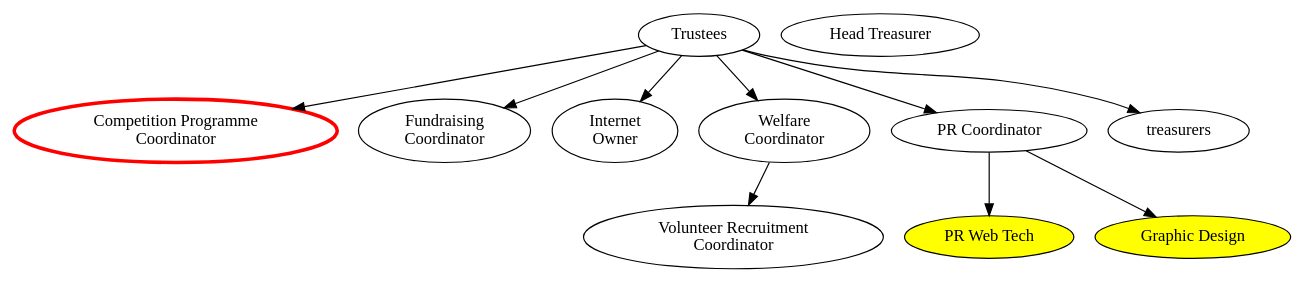
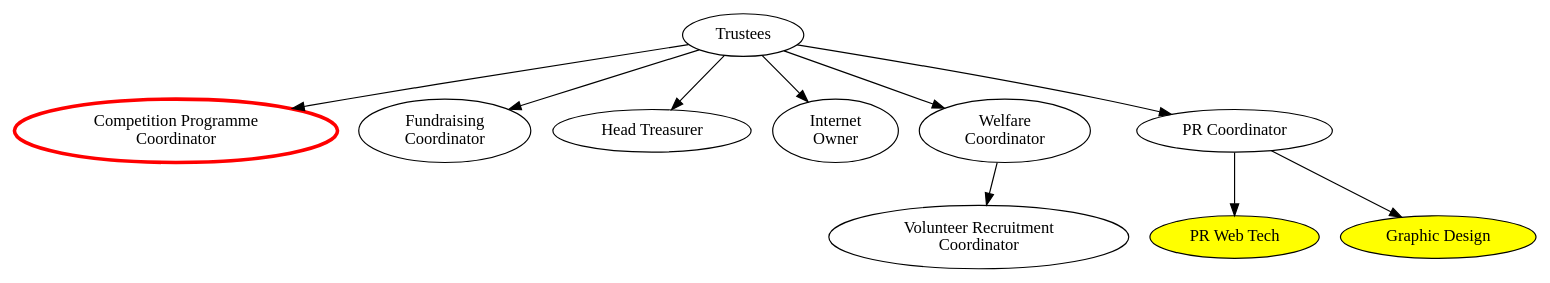
One commit to Adimote/legacy-ops-manual changed the diagram in org-chart/top.dot. Above: the diagram before and after it, drawn with Graphviz.

Commit message:
Correct top level org-chart head-treasurer edge

```diff
--- a/org-chart/top.dot
+++ b/org-chart/top.dot
@@ -1,29 +1,29 @@
 digraph {
 	####### Node declarations
 	### Highest-level
 	trustees [label="Trustees" email="trustees@studentrobotics.org"];
 	
 	### Second level
 	comp_prog_coord [label="Competition Programme\nCoordinator" color=red penwidth=3 rolesexclude=true]; // Email and tel defined in comp-prog.dot
 	fund_coord [label="Fundraising\nCoordinator" email="fundraising@studentrobotics.org"];
 	head_treasurer [label="Head Treasurer" email="treasurer@studentrobotics.org"];
 	internet_owner [label="Internet\nOwner" email="internet@studentrobotics.org"];
 	welfare_coord [label="Welfare\nCoordinator" email="welfare@studentrobotics.org"];
 	pr_coord [label="PR Coordinator" email="pr@studentrobotics.org"];
 	
 	### Third Level
 	
 	# PR Coordinator Subordinates
 	pr_web_tech [label="PR Web Tech" fillcolor=yellow style=filled contactsexclude=true];
 	graphic_design [label="Graphic Design" fillcolor=yellow style=filled contactsexclude=true];
 	
 	# Welfare Coordinator Subordinates
 	vol_rec_coord[label="Volunteer Recruitment\nCoordinator" email="volunteer-recruitment@studentrobotics.org"];
 	
 	###### Connections between nodes
 	
-	trustees -> { comp_prog_coord fund_coord treasurers pr_coord internet_owner welfare_coord };
+	trustees -> { comp_prog_coord fund_coord head_treasurer pr_coord internet_owner welfare_coord };
 	
 	pr_coord -> { pr_web_tech graphic_design };
 	welfare_coord -> { vol_rec_coord };
 }
```
